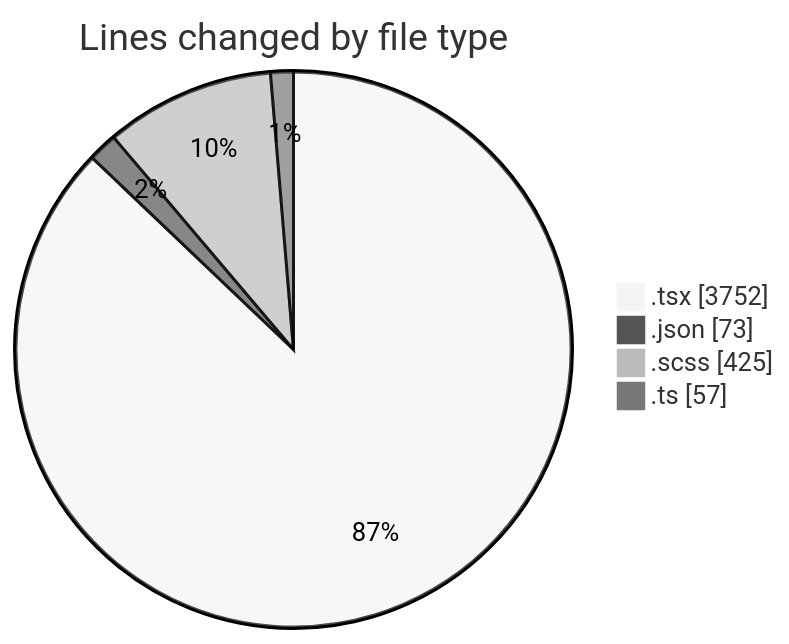
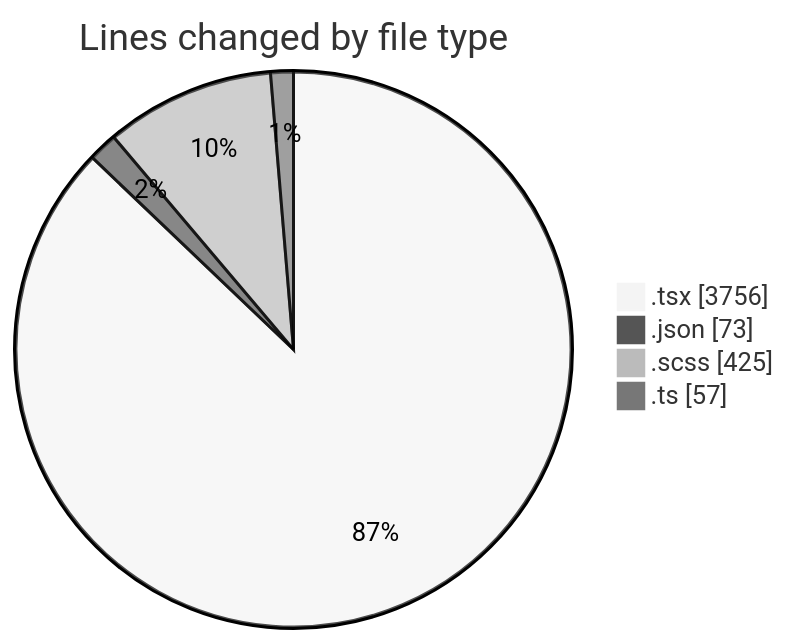
The first of 2 diagrams in 2025-10-02/cda/README.md (momahboobian/code-tracking), drawn with Mermaid (neutral theme) before and after one commit. The commit also changed other lines of this file and 1 other file, not shown here.

````diff
--- a/2025-10-02/cda/README.md
+++ b/2025-10-02/cda/README.md
@@ -29,8 +29,8 @@
 ```mermaid
 pie showData
 title Lines changed by file type
-".tsx" : 3752
+".tsx" : 3756
 ".json" : 73
 ".scss" : 425
 ".ts" : 57
 ```
````
